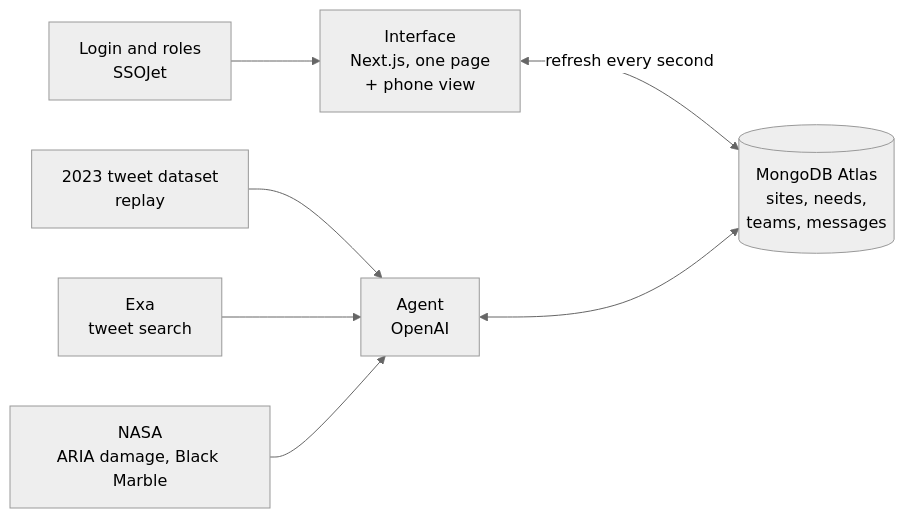
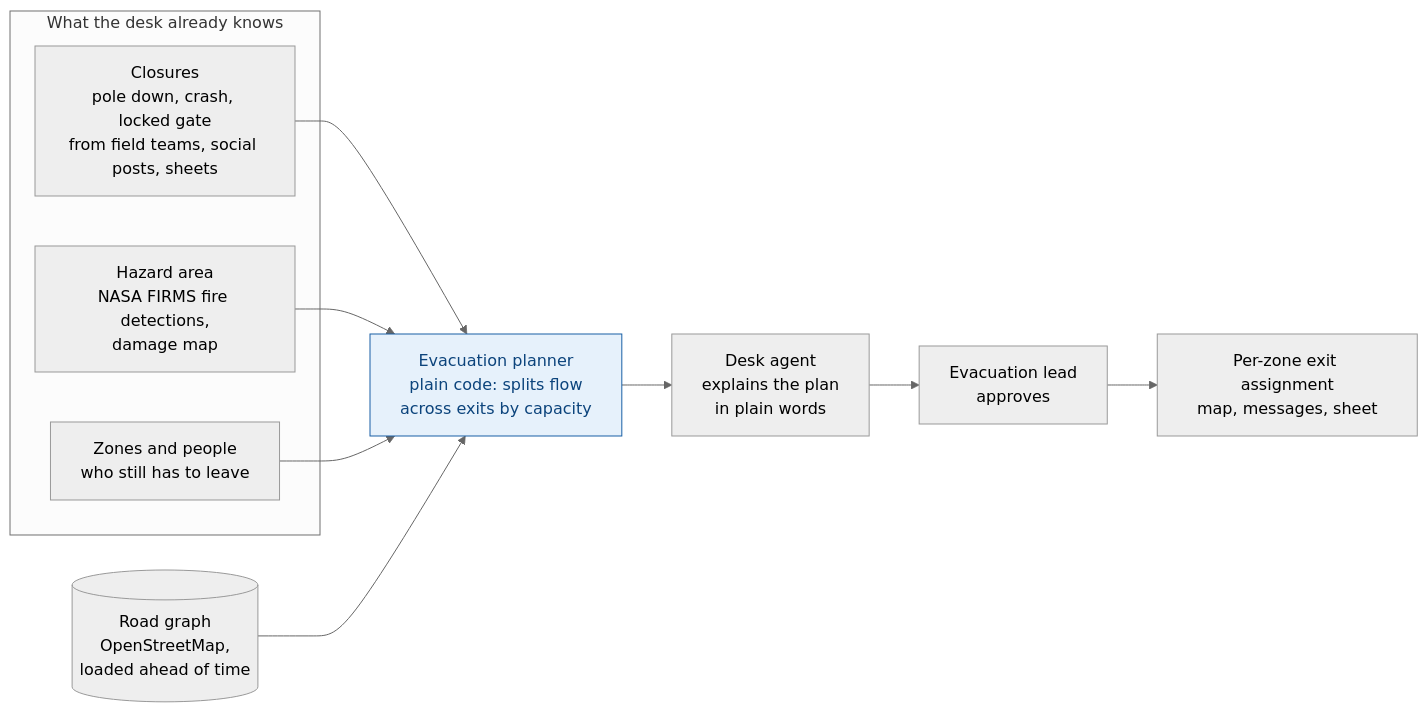
One commit to Danvu772/DisasterDeck changed the fifth of 6 diagrams in docs/Multiplayer Disaster Desk/Multiplayer Disaster Desk.md. Above: the diagram before and after it, drawn with Mermaid (neutral theme). The commit also changed other lines of this file and 12 other files, not shown here.

````diff
--- a/docs/Multiplayer Disaster Desk/Multiplayer Disaster Desk.md
+++ b/docs/Multiplayer Disaster Desk/Multiplayer Disaster Desk.md
@@ -249,17 +232,19 @@
 ```mermaid
 flowchart LR
-    U["Interface<br/>Next.js, one page<br/>+ phone view"]
-    SSO["Login and roles<br/>SSOJet"]
-    DB[("MongoDB Atlas<br/>sites, needs,<br/>teams, messages")]
-    AG["Agent<br/>OpenAI"]
-    EXA["Exa<br/>tweet search"]
-    NASA["NASA<br/>ARIA damage, Black Marble"]
-    TW["2023 tweet dataset<br/>replay"]
-
-    SSO --> U
-    U <-->|"refresh every second"| DB
-    AG <--> DB
-    TW --> AG
-    EXA --> AG
-    NASA --> AG
+    subgraph IN["What the desk already knows"]
+        CL["Closures<br/>pole down, crash, locked gate<br/>from field teams, social posts, sheets"]
+        HZ["Hazard area<br/>NASA FIRMS fire detections,<br/>damage map"]
+        ZN["Zones and people<br/>who still has to leave"]
+    end
+    G[("Road graph<br/>OpenStreetMap,<br/>loaded ahead of time")]
+    P["Evacuation planner<br/>plain code: splits flow<br/>across exits by capacity"]
+    A["Desk agent<br/>explains the plan<br/>in plain words"]
+    E["Evacuation lead<br/>approves"]
+    O["Per-zone exit assignment<br/>map, messages, sheet"]
+    CL --> P
+    HZ --> P
+    ZN --> P
+    G --> P
+    P --> A --> E --> O
+    style P fill:#E6F1FB,stroke:#185FA5,color:#0C447C
 ```
````
